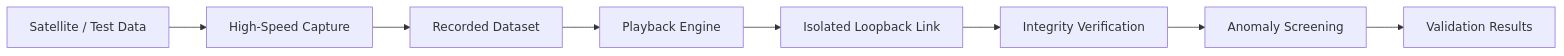
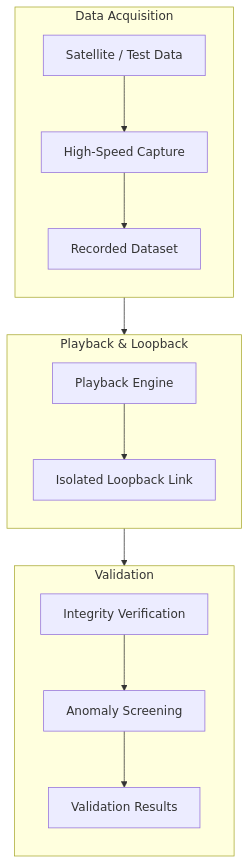
The first of 17 diagrams in _portfolio/2024-07-15-part5-verification.md (ronok-shahariar/ronok-shahariar.github.io), drawn with Mermaid before and after one commit. The commit also changed other lines of this file and 11 other files, not shown here.

Commit message:
minor figure error

````diff
--- a/_portfolio/2024-07-15-part5-verification.md
+++ b/_portfolio/2024-07-15-part5-verification.md
@@ -63,33 +63,34 @@
 ```mermaid
-flowchart LR
+flowchart TD
 
-    INPUT["Satellite / Test Data"]
+    subgraph ACQUISITION["Data Acquisition"]
+        direction TB
+        INPUT["Satellite / Test Data"]
+        CAPTURE["High-Speed Capture"]
+        STORAGE["Recorded Dataset"]
 
-    CAPTURE["High-Speed Capture"]
+        INPUT --> CAPTURE
+        CAPTURE --> STORAGE
+    end
 
-    STORAGE["Recorded Dataset"]
+    subgraph REPLAY["Playback & Loopback"]
+        direction TB
+        PLAYBACK["Playback Engine"]
+        LOOP["Isolated Loopback Link"]
 
-    PLAYBACK["Playback Engine"]
+        PLAYBACK --> LOOP
+    end
 
-    LOOP["Isolated Loopback Link"]
+    subgraph VALIDATION["Validation"]
+        direction TB
+        VERIFY["Integrity Verification"]
+        ANOMALY["Anomaly Screening"]
+        RESULT["Validation Results"]
 
-    VERIFY["Integrity Verification"]
-
-    ANOMALY["Anomaly Screening"]
-
-    RESULT["Validation Results"]
-
-    INPUT --> CAPTURE
-
-    CAPTURE --> STORAGE
+        VERIFY --> ANOMALY
+        ANOMALY --> RESULT
+    end
 
     STORAGE --> PLAYBACK
-
-    PLAYBACK --> LOOP
-
     LOOP --> VERIFY
-
-    VERIFY --> ANOMALY
-
-    ANOMALY --> RESULT
 ```
````
